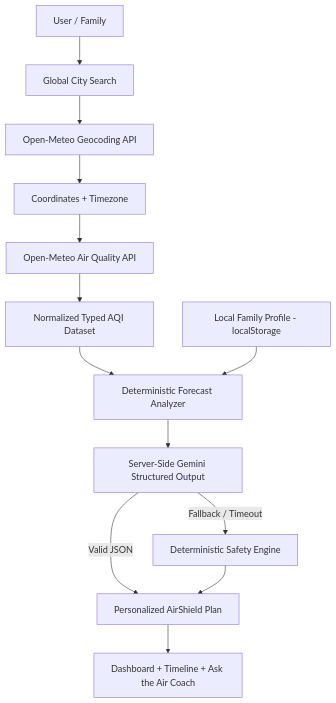
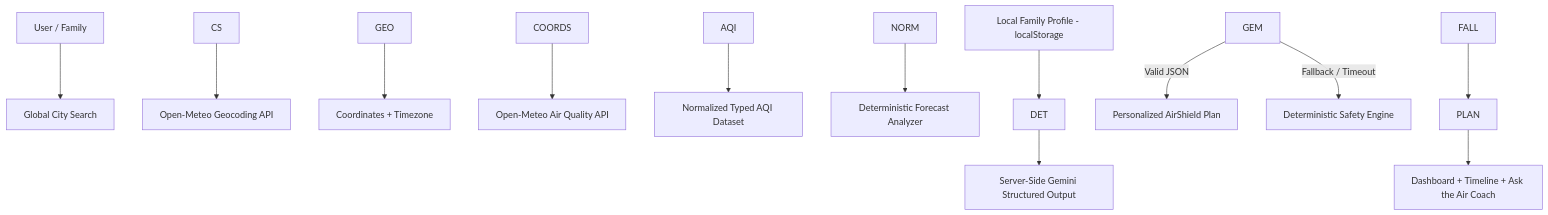
Before and after one commit to Gaurav2212007/AirShield-Urban-Air-Quality-Assistant----PromptWars-Virtual----unstop-hackathon: the diagram in README.md, drawn with Mermaid. The commit also changed other lines of this file and 1 other file, not shown here.

````diff
--- a/README.md
+++ b/README.md
@@ -32,15 +32,15 @@
 ```mermaid
 flowchart TD
-  U[User / Family] --> CS[Global City Search]
-  CS --> GEO[Open-Meteo Geocoding API]
-  GEO --> COORDS[Coordinates + Timezone]
-  COORDS --> AQI[Open-Meteo Air Quality API]
-  AQI --> NORM[Normalized Typed AQI Dataset]
-  NORM --> DET[Deterministic Forecast Analyzer]
-  PROF[Local Family Profile - localStorage] --> DET
-  DET --> GEM[Server-Side Gemini Structured Output]
-  GEM -->|Valid JSON| PLAN[Personalized AirShield Plan]
-  GEM -->|Fallback / Timeout| FALL[Deterministic Safety Engine]
+  U\\\\\\\[User / Family] --> CS\\\\\\\[Global City Search]
+  CS --> GEO\\\\\\\[Open-Meteo Geocoding API]
+  GEO --> COORDS\\\\\\\[Coordinates + Timezone]
+  COORDS --> AQI\\\\\\\[Open-Meteo Air Quality API]
+  AQI --> NORM\\\\\\\[Normalized Typed AQI Dataset]
+  NORM --> DET\\\\\\\[Deterministic Forecast Analyzer]
+  PROF\\\\\\\[Local Family Profile - localStorage] --> DET
+  DET --> GEM\\\\\\\[Server-Side Gemini Structured Output]
+  GEM -->|Valid JSON| PLAN\\\\\\\[Personalized AirShield Plan]
+  GEM -->|Fallback / Timeout| FALL\\\\\\\[Deterministic Safety Engine]
   FALL --> PLAN
-  PLAN --> UI[Dashboard + Timeline + Ask the Air Coach]
+  PLAN --> UI\\\\\\\[Dashboard + Timeline + Ask the Air Coach]
 ```
````
